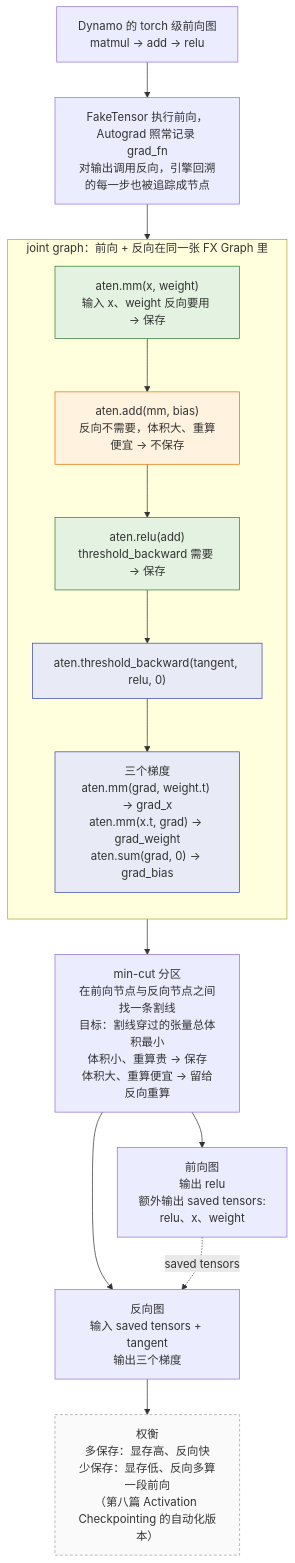
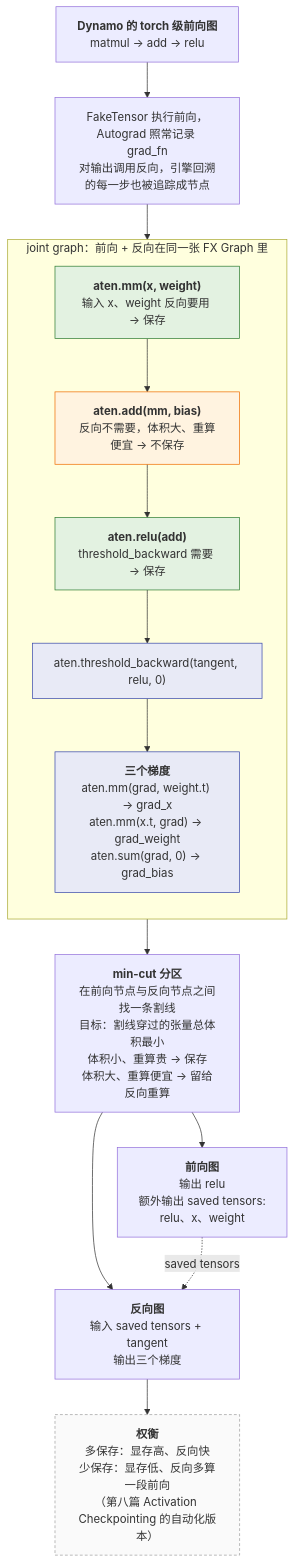
Before and after one commit to arganzheng/arganzheng.github.com: the third of 8 diagrams in _posts/2026-02-23-pytorch-compilation-and-graph-optimization.md, drawn with Mermaid. The commit also changed other lines of this file and 10 other files, not shown here.

First line of the commit message:
PyTorch 深度实践：从 Tensor 到深度学习运行时：Mermaid 多行方框的首行标为标题（11 篇）

````diff
--- a/_posts/2026-02-23-pytorch-compilation-and-graph-optimization.md
+++ b/_posts/2026-02-23-pytorch-compilation-and-graph-optimization.md
@@ -476,29 +476,29 @@
 ```mermaid
 %% 图：AOTAutograd 的 joint graph：前向与反向节点在同一张图上，切分器的割线决定哪些中间值成为 saved tensors
 flowchart TB
-    IN["Dynamo 的 torch 级前向图<br/>matmul → add → relu"]
+    IN["<b>Dynamo 的 torch 级前向图</b><br/>matmul → add → relu"]
     IN --> TR["FakeTensor 执行前向，Autograd 照常记录 grad_fn<br/>对输出调用反向，引擎回溯的每一步也被追踪成节点"]
     TR --> JG
     subgraph JG["joint graph：前向 + 反向在同一张 FX Graph 里"]
         direction TB
-        MM["aten.mm(x, weight)<br/>输入 x、weight 反向要用 → 保存"]
-        ADD["aten.add(mm, bias)<br/>反向不需要，体积大、重算便宜 → 不保存"]
-        RL["aten.relu(add)<br/>threshold_backward 需要 → 保存"]
+        MM["<b>aten.mm(x, weight)</b><br/>输入 x、weight 反向要用 → 保存"]
+        ADD["<b>aten.add(mm, bias)</b><br/>反向不需要，体积大、重算便宜 → 不保存"]
+        RL["<b>aten.relu(add)</b><br/>threshold_backward 需要 → 保存"]
         THB["aten.threshold_backward(tangent, relu, 0)"]
-        GR["三个梯度<br/>aten.mm(grad, weight.t) → grad_x<br/>aten.mm(x.t, grad) → grad_weight<br/>aten.sum(grad, 0) → grad_bias"]
+        GR["<b>三个梯度</b><br/>aten.mm(grad, weight.t) → grad_x<br/>aten.mm(x.t, grad) → grad_weight<br/>aten.sum(grad, 0) → grad_bias"]
         MM --> ADD --> RL --> THB --> GR
     end
-    JG --> CUT["min-cut 分区<br/>在前向节点与反向节点之间找一条割线<br/>目标：割线穿过的张量总体积最小<br/>体积小、重算贵 → 保存<br/>体积大、重算便宜 → 留给反向重算"]
-    CUT --> FW["前向图<br/>输出 relu<br/>额外输出 saved tensors:<br/>relu、x、weight"]
-    CUT --> BW["反向图<br/>输入 saved tensors + tangent<br/>输出三个梯度"]
+    JG --> CUT["<b>min-cut 分区</b><br/>在前向节点与反向节点之间找一条割线<br/>目标：割线穿过的张量总体积最小<br/>体积小、重算贵 → 保存<br/>体积大、重算便宜 → 留给反向重算"]
+    CUT --> FW["<b>前向图</b><br/>输出 relu<br/>额外输出 saved tensors:<br/>relu、x、weight"]
+    CUT --> BW["<b>反向图</b><br/>输入 saved tensors + tangent<br/>输出三个梯度"]
     FW -.->|"saved tensors"| BW
-    BW --> TRADE["权衡<br/>多保存：显存高、反向快<br/>少保存：显存低、反向多算一段前向<br/>（第八篇 Activation Checkpointing 的自动化版本）"]
+    BW --> TRADE["<b>权衡</b><br/>多保存：显存高、反向快<br/>少保存：显存低、反向多算一段前向<br/>（第八篇 Activation Checkpointing 的自动化版本）"]
     classDef saved fill:#e3f2e1,stroke:#2e7d32;
     classDef recomp fill:#fff3e0,stroke:#ef6c00;
     classDef bwd fill:#e8eaf6,stroke:#3949ab;
     classDef note fill:#fafafa,stroke:#9e9e9e,stroke-dasharray: 4 3;
     class MM,RL saved;
     class ADD recomp;
     class THB,GR bwd;
     class TRADE note;
 ```
````
